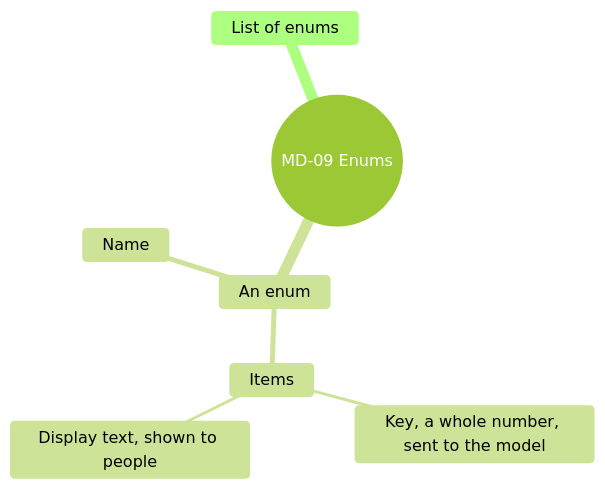
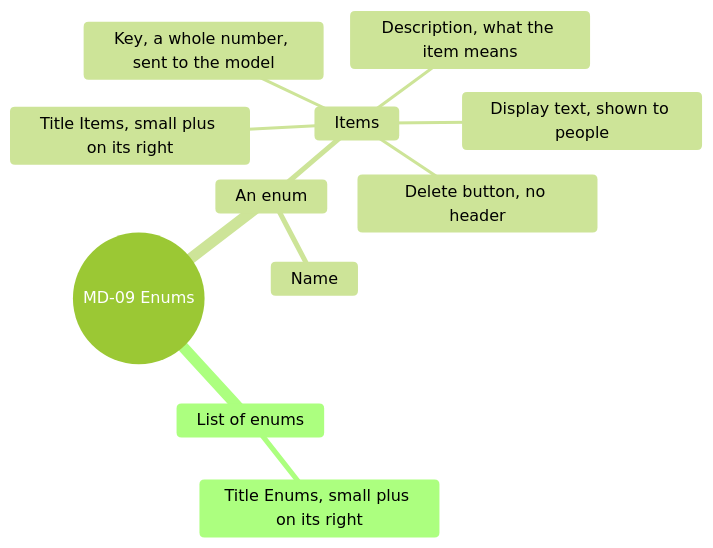
Before and after one commit to AlexandreGallais/synoptic-studio-spec: diagram 14 of 15 in screens/metadata.md, drawn with Mermaid (forest theme). The commit also changed other lines of this file and 12 other files, not shown here.

````diff
--- a/screens/metadata.md
+++ b/screens/metadata.md
@@ -473,10 +455,14 @@
 ```mermaid
 mindmap
   root((MD-09 Enums))
     List of enums
+      Title Enums, small plus on its right
     An enum
       Name
       Items
+        Title Items, small plus on its right
         Key, a whole number, sent to the model
+        Description, what the item means
         Display text, shown to people
+        Delete button, no header
 ```
````
